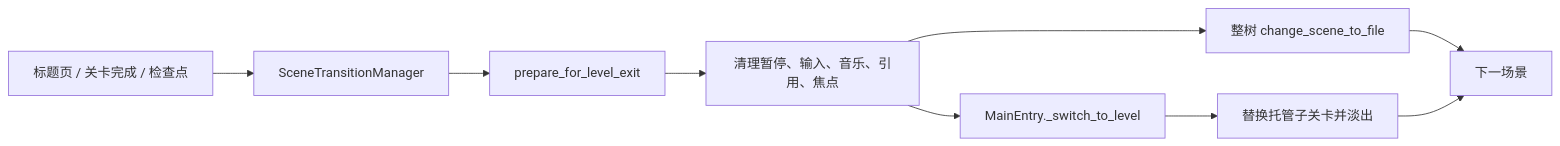
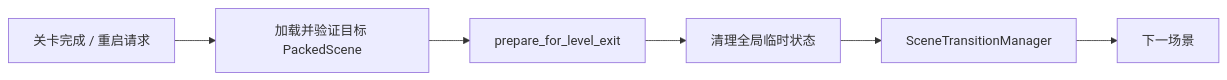
Before and after one commit to aaaarthur666-design/copyWorms: the sixth of 6 diagrams in TECHNICAL_ARCHITECTURE_REPORT.md, drawn with Mermaid. The commit also changed other lines of this file and 127 other files, not shown here.

````diff
--- a/TECHNICAL_ARCHITECTURE_REPORT.md
+++ b/TECHNICAL_ARCHITECTURE_REPORT.md
@@ -216,11 +209,8 @@
 ```mermaid
 flowchart LR
-    REQUEST[标题页 / 关卡完成 / 检查点] --> STM[SceneTransitionManager]
-    STM --> PREP[prepare_for_level_exit]
-    PREP --> RESET[清理暂停、输入、音乐、引用、焦点]
-    RESET --> ROOT[整树 change_scene_to_file]
-    RESET --> ENTRY[MainEntry._switch_to_level]
-    ENTRY --> CHILD[替换托管子关卡并淡出]
-    ROOT --> NEXT[下一场景]
-    CHILD --> NEXT
+    REQUEST[关卡完成 / 重启请求] --> VALIDATE[加载并验证目标 PackedScene]
+    VALIDATE --> CLEAN[prepare_for_level_exit]
+    CLEAN --> GLOBAL[清理全局临时状态]
+    GLOBAL --> TRANSITION[SceneTransitionManager]
+    TRANSITION --> NEXT[下一场景]
 ```
````
